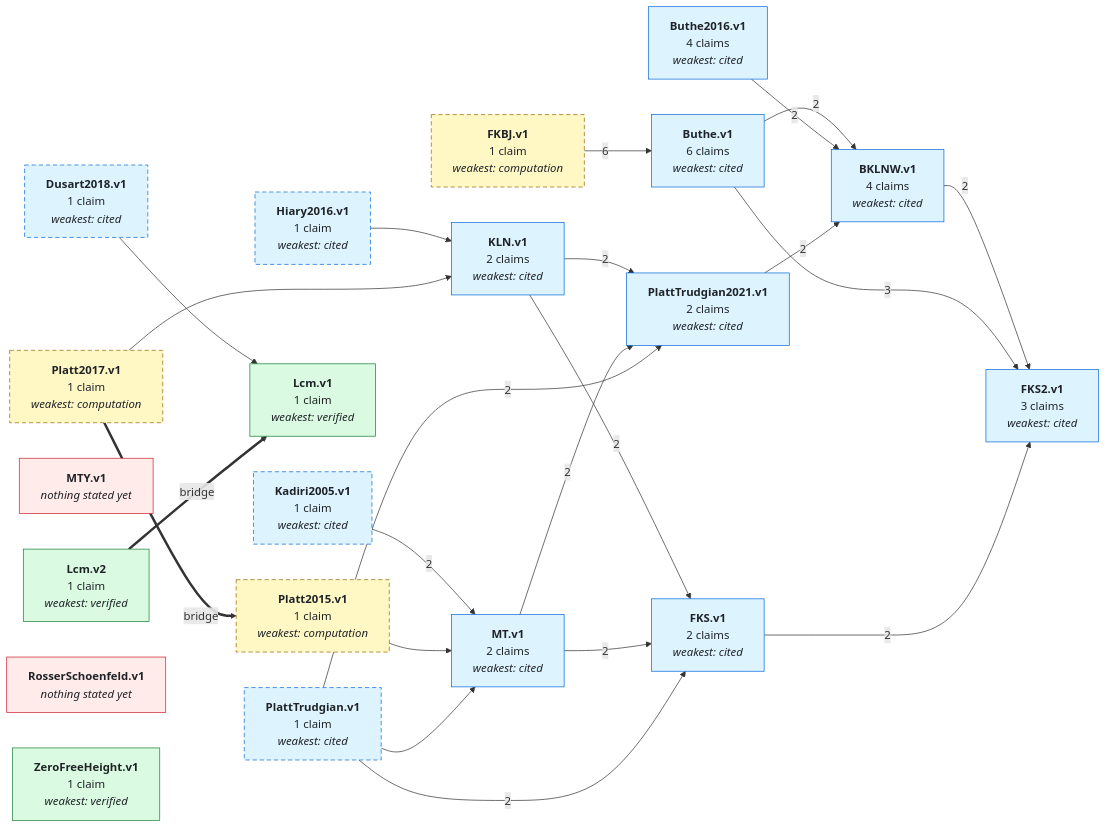
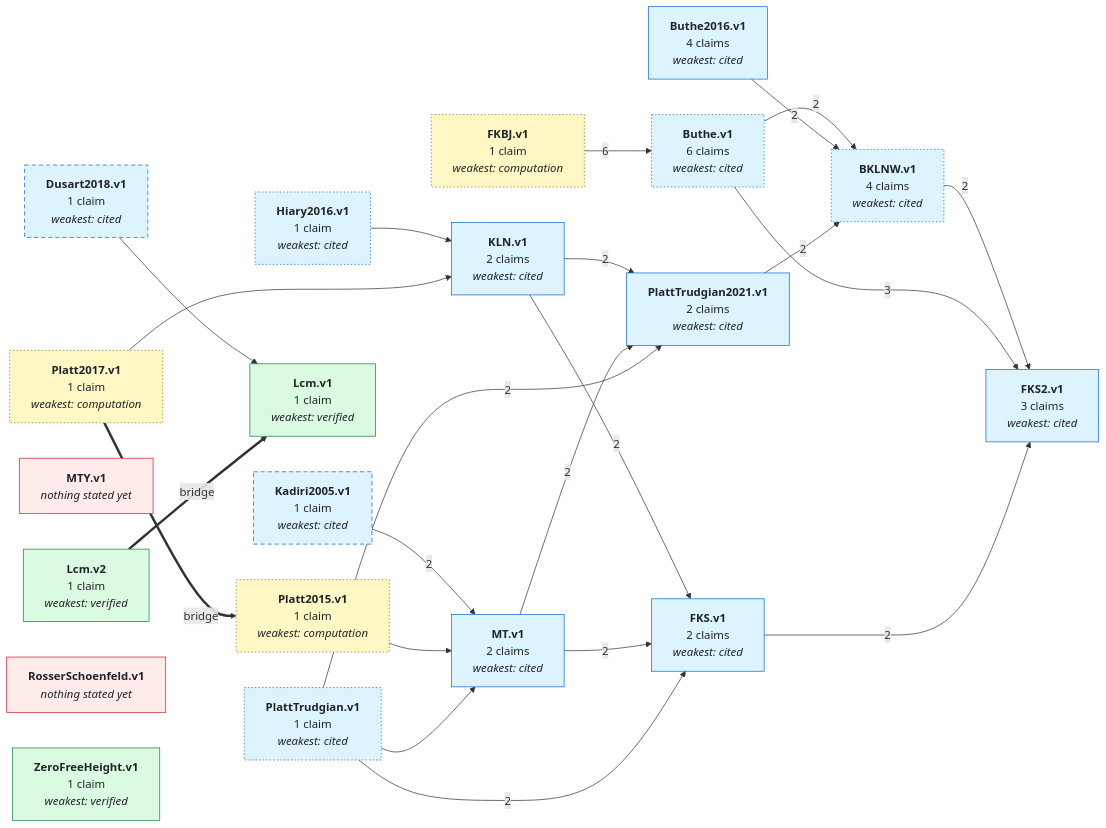
Before and after one commit to teorth/IEANTN: the first of 2 diagrams in GRAPH.md, drawn with Mermaid. The commit also changed other lines of this file and 17 other files, not shown here.

````diff
--- a/GRAPH.md
+++ b/GRAPH.md
@@ -40,79 +43,81 @@
 ```mermaid
 graph LR
   NBKLNW_v1["<b>BKLNW.v1</b><br/>4 claims<br/><i>weakest: cited</i>"]
   NButhe_v1["<b>Buthe.v1</b><br/>6 claims<br/><i>weakest: cited</i>"]
   NButhe2016_v1["<b>Buthe2016.v1</b><br/>4 claims<br/><i>weakest: cited</i>"]
   NDusart2018_v1["<b>Dusart2018.v1</b><br/>1 claim<br/><i>weakest: cited</i>"]
   NFKBJ_v1["<b>FKBJ.v1</b><br/>1 claim<br/><i>weakest: computation</i>"]
   NFKS_v1["<b>FKS.v1</b><br/>2 claims<br/><i>weakest: cited</i>"]
   NFKS2_v1["<b>FKS2.v1</b><br/>3 claims<br/><i>weakest: cited</i>"]
   NHiary2016_v1["<b>Hiary2016.v1</b><br/>1 claim<br/><i>weakest: cited</i>"]
   NKLN_v1["<b>KLN.v1</b><br/>2 claims<br/><i>weakest: cited</i>"]
   NKadiri2005_v1["<b>Kadiri2005.v1</b><br/>1 claim<br/><i>weakest: cited</i>"]
   NLcm_v1["<b>Lcm.v1</b><br/>1 claim<br/><i>weakest: verified</i>"]
   NLcm_v2["<b>Lcm.v2</b><br/>1 claim<br/><i>weakest: verified</i>"]
   NMT_v1["<b>MT.v1</b><br/>2 claims<br/><i>weakest: cited</i>"]
   NMTY_v1["<b>MTY.v1</b><br/><i>nothing stated yet</i>"]
   NPlatt2015_v1["<b>Platt2015.v1</b><br/>1 claim<br/><i>weakest: computation</i>"]
   NPlatt2017_v1["<b>Platt2017.v1</b><br/>1 claim<br/><i>weakest: computation</i>"]
   NPlattTrudgian_v1["<b>PlattTrudgian.v1</b><br/>1 claim<br/><i>weakest: cited</i>"]
   NPlattTrudgian2021_v1["<b>PlattTrudgian2021.v1</b><br/>2 claims<br/><i>weakest: cited</i>"]
   NRosserSchoenfeld_v1["<b>RosserSchoenfeld.v1</b><br/><i>nothing stated yet</i>"]
   NZeroFreeHeight_v1["<b>ZeroFreeHeight.v1</b><br/>1 claim<br/><i>weakest: verified</i>"]
   NBKLNW_v1 -->|2| NFKS2_v1
   NButhe_v1 -->|2| NBKLNW_v1
   NButhe_v1 -->|3| NFKS2_v1
   NButhe2016_v1 -->|2| NBKLNW_v1
   NDusart2018_v1 --> NLcm_v1
   NFKBJ_v1 -->|6| NButhe_v1
   NFKS_v1 -->|2| NFKS2_v1
   NHiary2016_v1 --> NKLN_v1
   NKLN_v1 -->|2| NFKS_v1
   NKLN_v1 -->|2| NPlattTrudgian2021_v1
   NKadiri2005_v1 -->|2| NMT_v1
   NMT_v1 -->|2| NFKS_v1
   NMT_v1 -->|2| NPlattTrudgian2021_v1
   NPlatt2015_v1 --> NMT_v1
   NPlatt2017_v1 --> NKLN_v1
   NPlattTrudgian_v1 -->|2| NFKS_v1
   NPlattTrudgian_v1 --> NMT_v1
   NPlattTrudgian_v1 -->|2| NPlattTrudgian2021_v1
   NPlattTrudgian2021_v1 -->|2| NBKLNW_v1
   NLcm_v2 ==>|bridge| NLcm_v1
   NPlatt2017_v1 ==>|bridge| NPlatt2015_v1
+  style NBKLNW_v1 stroke-dasharray: 2 3;
+  style NButhe_v1 stroke-dasharray: 2 3;
   style NDusart2018_v1 stroke-dasharray: 6 4;
-  style NFKBJ_v1 stroke-dasharray: 6 4;
-  style NHiary2016_v1 stroke-dasharray: 6 4;
+  style NFKBJ_v1 stroke-dasharray: 2 3;
+  style NHiary2016_v1 stroke-dasharray: 2 3;
   style NKadiri2005_v1 stroke-dasharray: 6 4;
-  style NPlatt2015_v1 stroke-dasharray: 6 4;
-  style NPlatt2017_v1 stroke-dasharray: 6 4;
-  style NPlattTrudgian_v1 stroke-dasharray: 6 4;
+  style NPlatt2015_v1 stroke-dasharray: 2 3;
+  style NPlatt2017_v1 stroke-dasharray: 2 3;
+  style NPlattTrudgian_v1 stroke-dasharray: 2 3;
   class NMTY_v1,NRosserSchoenfeld_v1 none_yet;
   class NBKLNW_v1,NButhe_v1,NButhe2016_v1,NDusart2018_v1,NFKS_v1,NFKS2_v1,NHiary2016_v1,NKLN_v1,NKadiri2005_v1,NMT_v1,NPlattTrudgian_v1,NPlattTrudgian2021_v1 literature;
   class NFKBJ_v1,NPlatt2015_v1,NPlatt2017_v1 numerical;
   class NLcm_v1,NLcm_v2,NZeroFreeHeight_v1 lean_comparator;
   click NBKLNW_v1 href "https://github.com/teorth/IEANTN/blob/main/docs/nodes/BKLNW-v1.md" _blank
   click NButhe_v1 href "https://github.com/teorth/IEANTN/blob/main/docs/nodes/Buthe-v1.md" _blank
   click NButhe2016_v1 href "https://github.com/teorth/IEANTN/blob/main/docs/nodes/Buthe2016-v1.md" _blank
   click NDusart2018_v1 href "https://github.com/teorth/IEANTN/blob/main/docs/nodes/Dusart2018-v1.md" _blank
   click NFKBJ_v1 href "https://github.com/teorth/IEANTN/blob/main/docs/nodes/FKBJ-v1.md" _blank
   click NFKS_v1 href "https://github.com/teorth/IEANTN/blob/main/docs/nodes/FKS-v1.md" _blank
   click NFKS2_v1 href "https://github.com/teorth/IEANTN/blob/main/docs/nodes/FKS2-v1.md" _blank
   click NHiary2016_v1 href "https://github.com/teorth/IEANTN/blob/main/docs/nodes/Hiary2016-v1.md" _blank
   click NKLN_v1 href "https://github.com/teorth/IEANTN/blob/main/docs/nodes/KLN-v1.md" _blank
   click NKadiri2005_v1 href "https://github.com/teorth/IEANTN/blob/main/docs/nodes/Kadiri2005-v1.md" _blank
   click NLcm_v1 href "https://github.com/teorth/IEANTN/blob/main/docs/nodes/Lcm-v1.md" _blank
   click NLcm_v2 href "https://github.com/teorth/IEANTN/blob/main/docs/nodes/Lcm-v2.md" _blank
   click NMT_v1 href "https://github.com/teorth/IEANTN/blob/main/docs/nodes/MT-v1.md" _blank
   click NPlatt2015_v1 href "https://github.com/teorth/IEANTN/blob/main/docs/nodes/Platt2015-v1.md" _blank
   click NPlatt2017_v1 href "https://github.com/teorth/IEANTN/blob/main/docs/nodes/Platt2017-v1.md" _blank
   click NPlattTrudgian_v1 href "https://github.com/teorth/IEANTN/blob/main/docs/nodes/PlattTrudgian-v1.md" _blank
   click NPlattTrudgian2021_v1 href "https://github.com/teorth/IEANTN/blob/main/docs/nodes/PlattTrudgian2021-v1.md" _blank
   click NZeroFreeHeight_v1 href "https://github.com/teorth/IEANTN/blob/main/docs/nodes/ZeroFreeHeight-v1.md" _blank
   classDef lean_comparator fill:#dafbe1,stroke:#1a7f37,color:#1f2328;
   classDef numerical fill:#fff8c5,stroke:#9a6700,color:#1f2328;
   classDef literature fill:#ddf4ff,stroke:#0969da,color:#1f2328;
   classDef asserted fill:#fff1e5,stroke:#bc4c00,color:#1f2328;
   classDef bridged fill:#fbefff,stroke:#8250df,color:#1f2328;
   classDef none_yet fill:#ffebe9,stroke:#cf222e,color:#1f2328;
 ```
````
